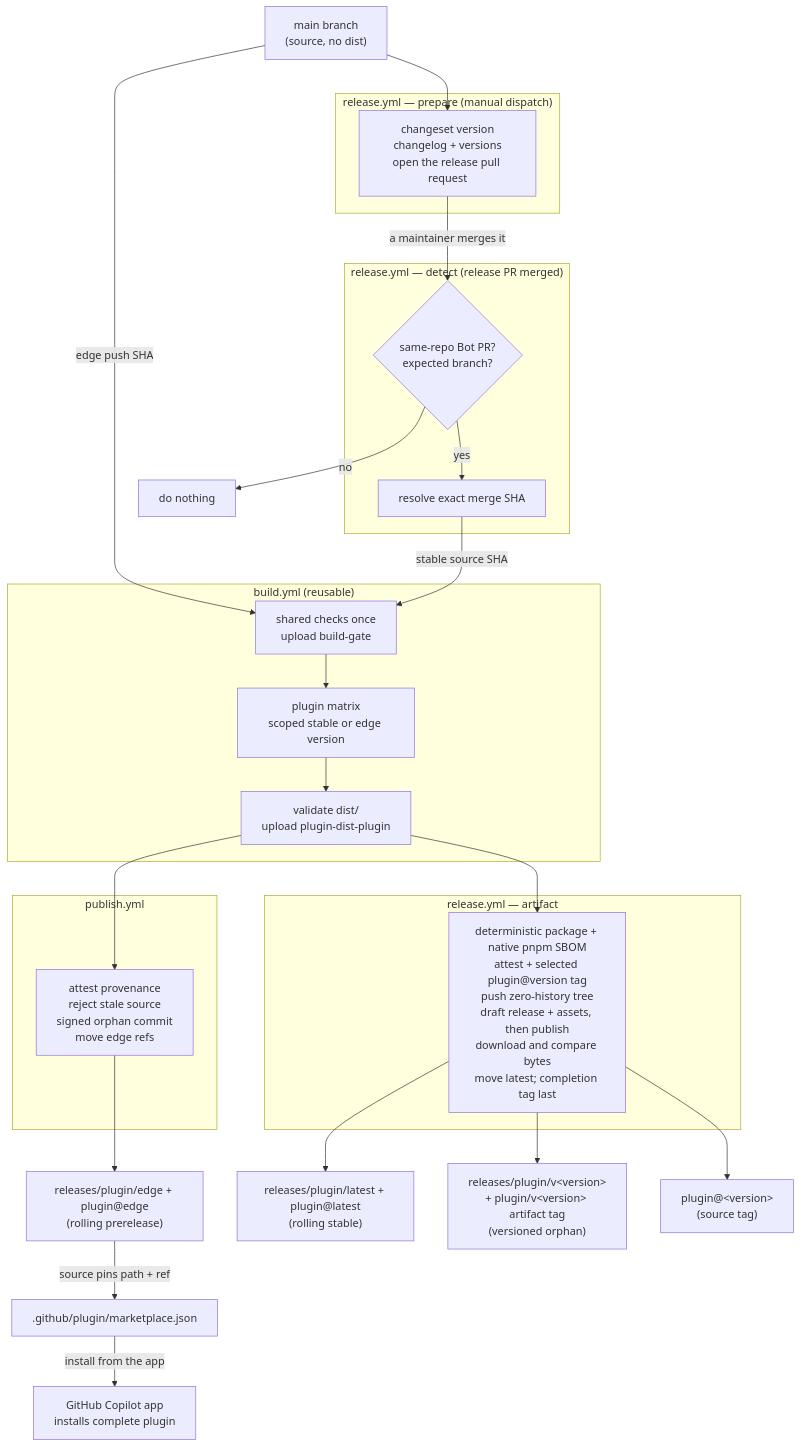
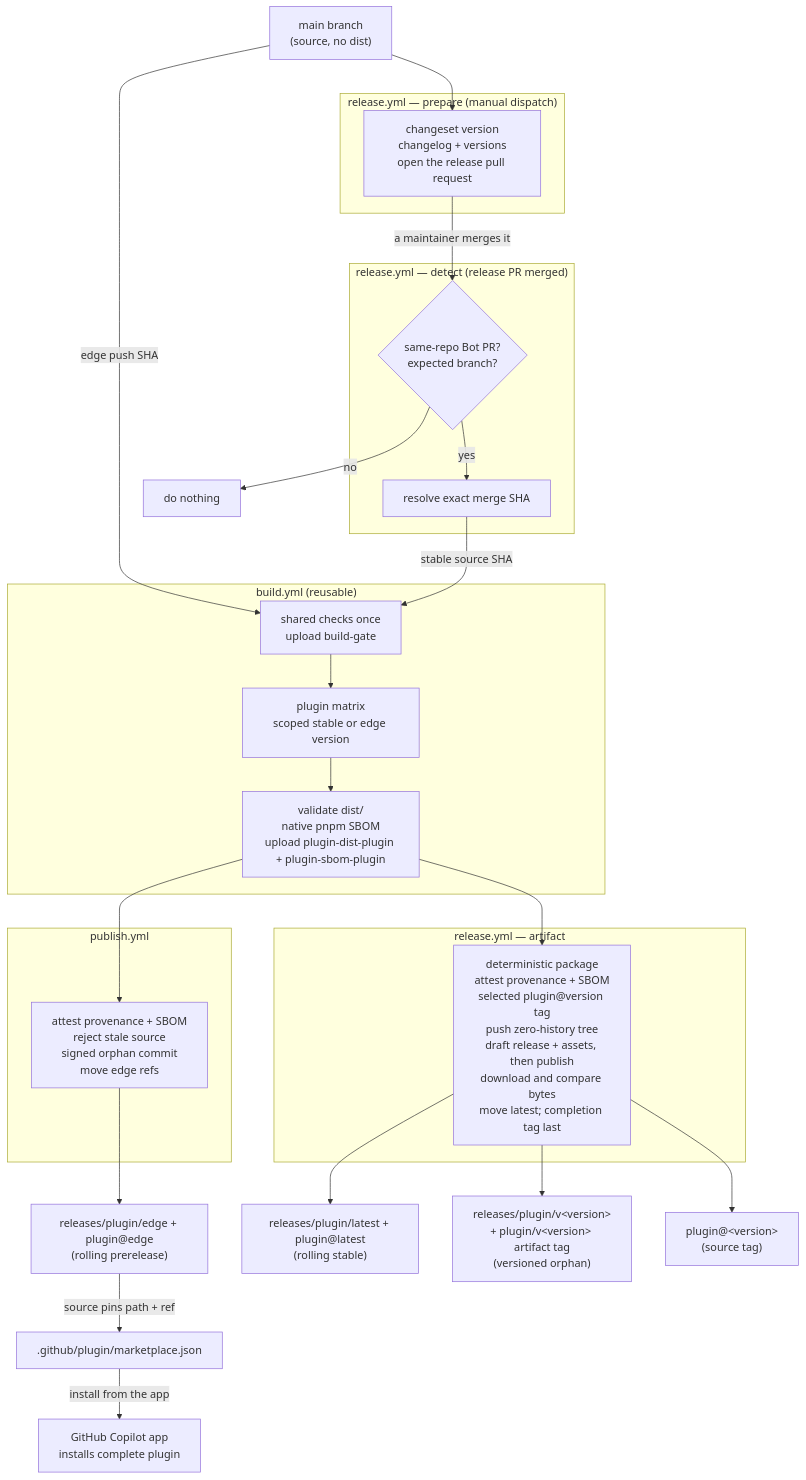
Before and after one commit to radius-project/ai-extensions: the second of 2 diagrams in docs/architecture/plugin-packaging-and-publishing.md, drawn with Mermaid. The commit also changed other lines of this file and 6 other files, not shown here.

Commit message:
feat: add SBOM generation and attestation to build and release workflows

````diff
--- a/docs/architecture/plugin-packaging-and-publishing.md
+++ b/docs/architecture/plugin-packaging-and-publishing.md
@@ -107,47 +107,47 @@
 ```mermaid
 graph TD
     Main["main branch<br/>(source, no dist)"]
 
     subgraph PrepWF["release.yml — prepare (manual dispatch)"]
         VersionPR["changeset version<br/>changelog + versions<br/>open the release pull request"]
     end
 
     subgraph DetectWF["release.yml — detect (release PR merged)"]
         Decide{"same-repo Bot PR?<br/>expected branch?"}
         Source["resolve exact merge SHA"]
     end
 
     Main --> VersionPR
     VersionPR -->|a maintainer merges it| Decide
     Decide -->|no| Nothing["do nothing"]
     Decide -->|yes| Source
 
     subgraph BuildWF["build.yml (reusable)"]
         Checks["shared checks once<br/>upload build-gate"]
         Resolve["plugin matrix<br/>scoped stable or edge version"]
-        Artifact["validate dist/<br/>upload plugin-dist-plugin"]
+        Artifact["validate dist/<br/>native pnpm SBOM<br/>upload plugin-dist-plugin + plugin-sbom-plugin"]
     end
 
     Main -->|edge push SHA| Checks
     Source -->|stable source SHA| Checks
     Checks --> Resolve --> Artifact
 
     subgraph EdgeWF["publish.yml"]
-        EdgePush["attest provenance<br/>reject stale source<br/>signed orphan commit<br/>move edge refs"]
+        EdgePush["attest provenance + SBOM<br/>reject stale source<br/>signed orphan commit<br/>move edge refs"]
     end
 
     subgraph RelWF["release.yml — artifact"]
-        RelPush["deterministic package + native pnpm SBOM<br/>attest + selected plugin@version tag<br/>push zero-history tree<br/>draft release + assets, then publish<br/>download and compare bytes<br/>move latest; completion tag last"]
+        RelPush["deterministic package<br/>attest provenance + SBOM<br/>selected plugin@version tag<br/>push zero-history tree<br/>draft release + assets, then publish<br/>download and compare bytes<br/>move latest; completion tag last"]
     end
 
     Artifact --> EdgePush
     Artifact --> RelPush
 
     EdgePush --> Edge["releases/plugin/edge + plugin@edge<br/>(rolling prerelease)"]
     RelPush --> Stable["releases/plugin/latest + plugin@latest<br/>(rolling stable)"]
     RelPush --> Pinned["releases/plugin/v&lt;version&gt;<br/>+ plugin/v&lt;version&gt; artifact tag<br/>(versioned orphan)"]
     RelPush --> SourceTag["plugin@&lt;version&gt;<br/>(source tag)"]
 
     Edge -->|source pins path + ref| MP[".github/plugin/marketplace.json"]
     MP -->|install from the app| Install["GitHub Copilot app<br/>installs complete plugin"]
 ```
````
